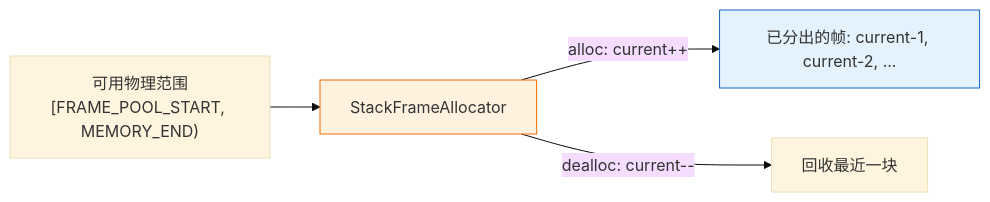
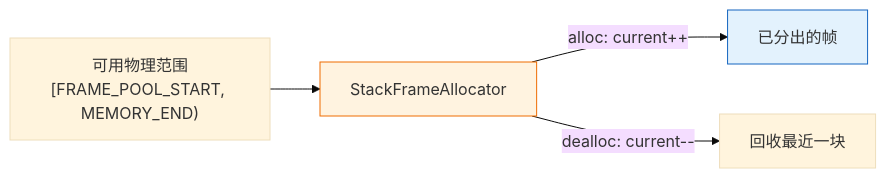
One commit to AM-SuSh/EVOLVE changed the third of 4 diagrams in os-lab/labs/lab3-memory.md. Above: the diagram before and after it, drawn with Mermaid (base theme). The commit also changed other lines of this file and 34 other files, not shown here.

````diff
--- a/os-lab/labs/lab3-memory.md
+++ b/os-lab/labs/lab3-memory.md
@@ -116,11 +138,11 @@
 ```mermaid
 graph LR
     R["可用物理范围<br/>[FRAME_POOL_START, MEMORY_END)"] --> A["StackFrameAllocator"]
-    A -->|"alloc: current++"| H["已分出的帧: current-1, current-2, ..."]
+    A -->|"alloc: current++"| H["已分出的帧"]
     A -->|"dealloc: current--"| R2["回收最近一块"]
 
     classDef alloc fill:#fff3e0,stroke:#ef6c00;
     classDef hold fill:#e3f2fd,stroke:#1565c0;
     class A alloc;
     class H hold;
 ```
````
